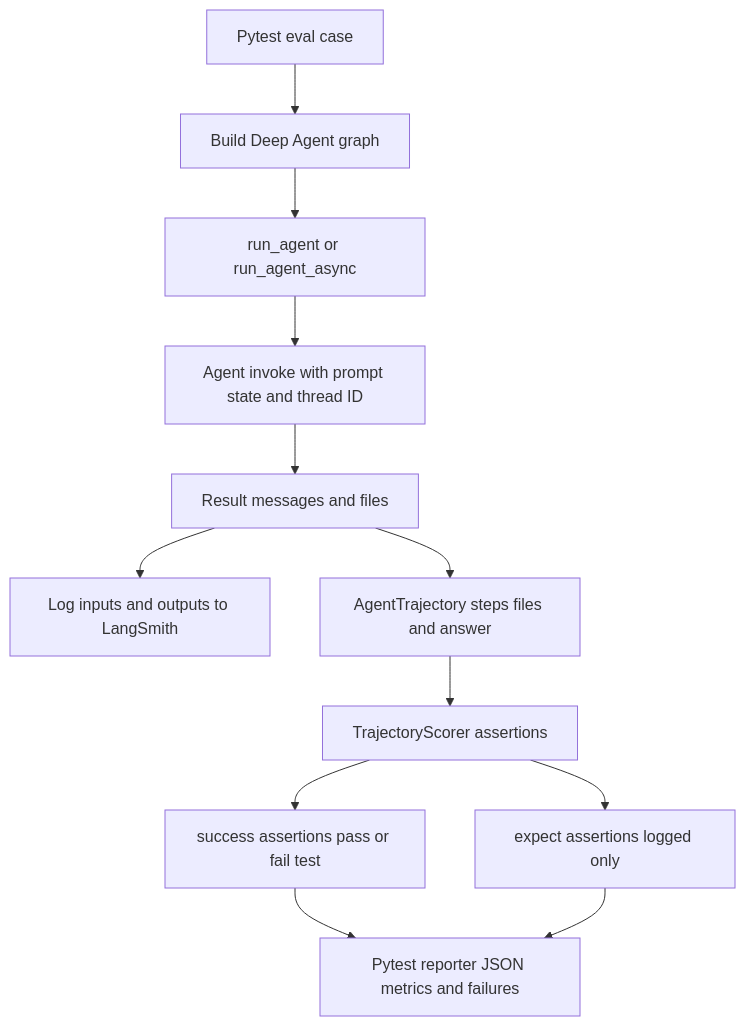
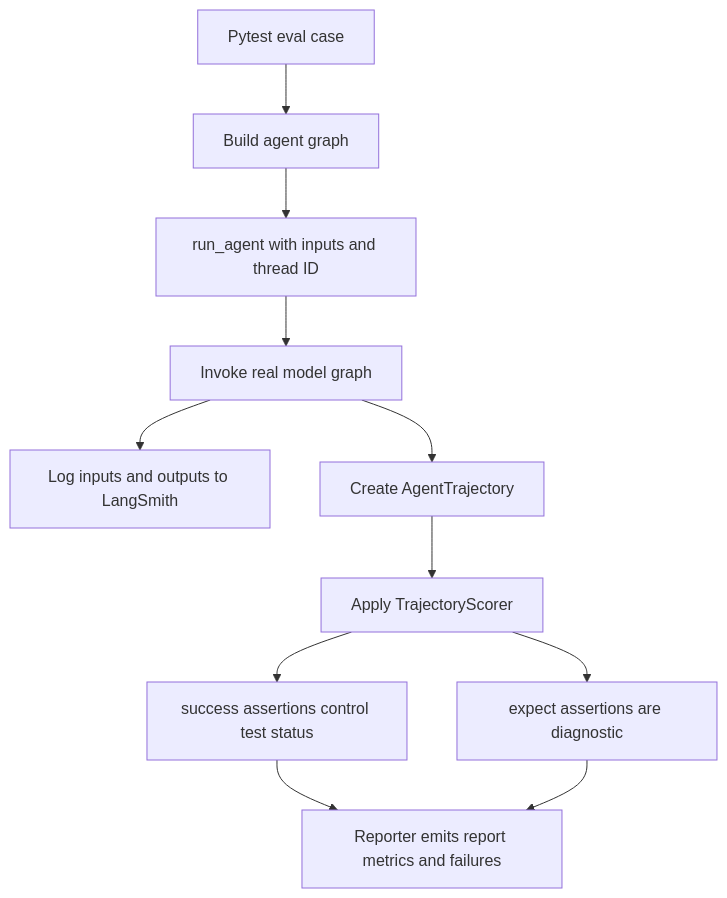
The diagram in openwiki/workflows/run-evals.md (langchain-ai/deepagents), drawn with Mermaid before and after one commit. The commit also changed other lines of this file and 63 other files, not shown here.

````diff
--- a/openwiki/workflows/run-evals.md
+++ b/openwiki/workflows/run-evals.md
@@ -82,14 +85,13 @@
 ```mermaid
 flowchart TD
-    Case["Pytest eval case"] --> Build["Build Deep Agent graph"]
-    Build --> Invoke["run_agent or run_agent_async"]
-    Invoke --> Graph["Agent invoke with prompt state and thread ID"]
-    Graph --> Result["Result messages and files"]
-    Result --> Trace["Log inputs and outputs to LangSmith"]
-    Result --> Trajectory["AgentTrajectory steps files and answer"]
-    Trajectory --> Score["TrajectoryScorer assertions"]
-    Score --> Correct["success assertions pass or fail test"]
-    Score --> Efficient["expect assertions logged only"]
-    Correct --> Report["Pytest reporter JSON metrics and failures"]
-    Efficient --> Report
+    Case["Pytest eval case"] --> Build["Build agent graph"]
+    Build --> Invoke["run_agent with inputs and thread ID"]
+    Invoke --> Graph["Invoke real model graph"]
+    Graph --> Trace["Log inputs and outputs to LangSmith"]
+    Graph --> Trajectory["Create AgentTrajectory"]
+    Trajectory --> Score["Apply TrajectoryScorer"]
+    Score --> Hard["success assertions control test status"]
+    Score --> Soft["expect assertions are diagnostic"]
+    Hard --> Report["Reporter emits report metrics and failures"]
+    Soft --> Report
 ```
````
